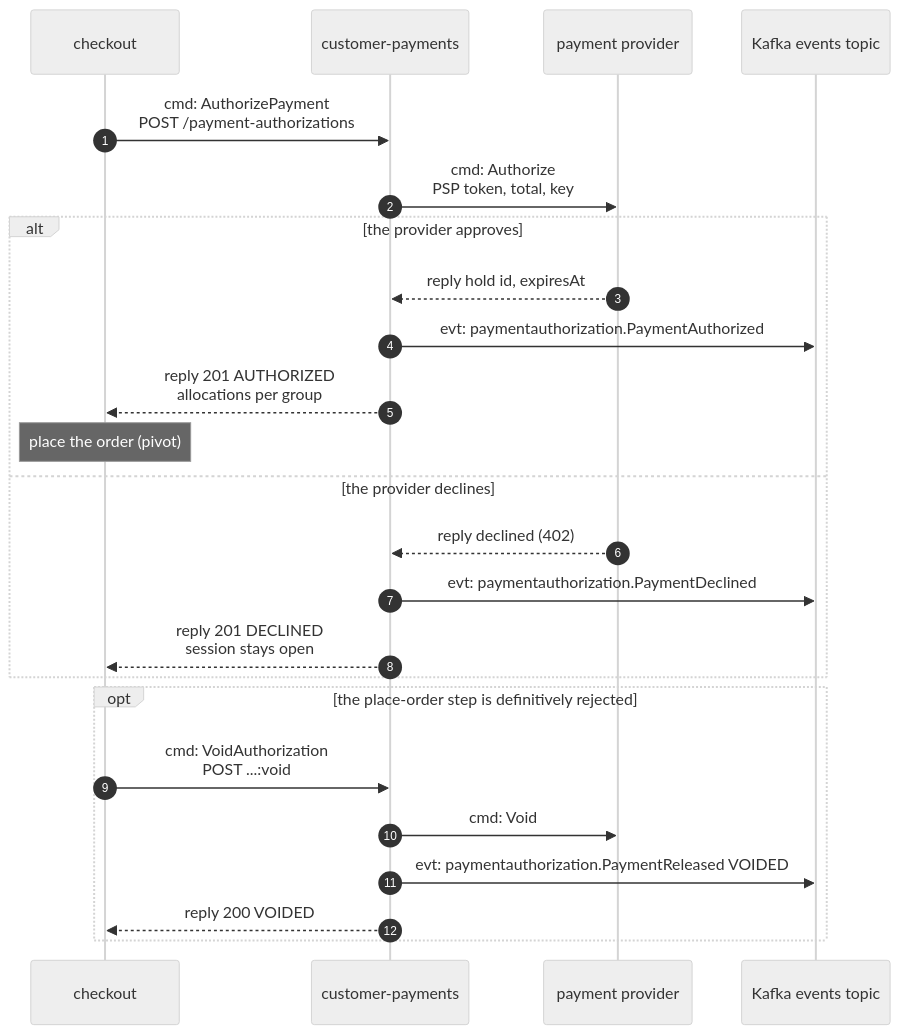
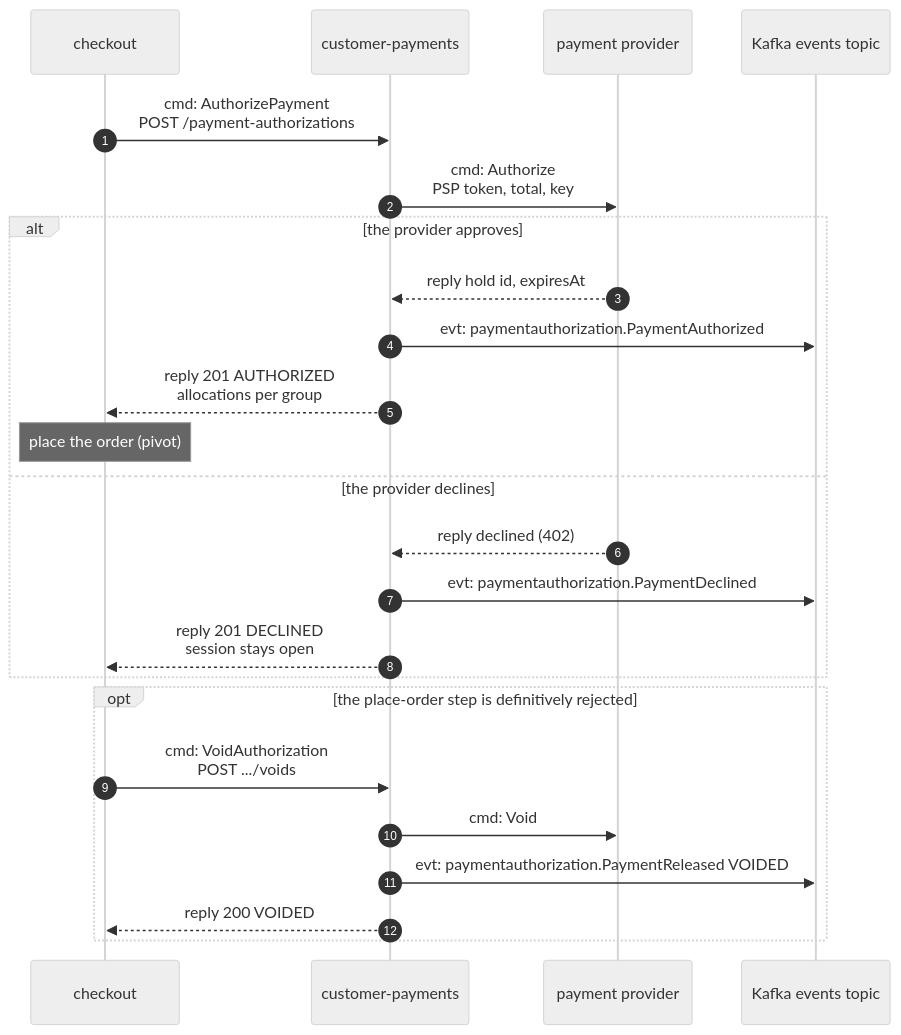
Before and after one commit to IQVO/customer-payments: the first of 6 diagrams in docs/docs/ddd/domain-message-flow.md, drawn with Mermaid (neutral theme). The commit also changed 36 other files, not shown here.

````diff
--- a/docs/docs/ddd/domain-message-flow.md
+++ b/docs/docs/ddd/domain-message-flow.md
@@ -20,26 +20,26 @@
 ```mermaid
 sequenceDiagram
     autonumber
     participant CK as checkout
     participant CP as customer-payments
     participant PSP as payment provider
     participant K as Kafka events topic
     CK->>CP: cmd: AuthorizePayment<br/>POST /payment-authorizations
     CP->>PSP: cmd: Authorize<br/>PSP token, total, key
     alt the provider approves
         PSP-->>CP: reply hold id, expiresAt
         CP->>K: evt: paymentauthorization.PaymentAuthorized
         CP-->>CK: reply 201 AUTHORIZED<br/>allocations per group
         Note over CK: place the order (pivot)
     else the provider declines
         PSP-->>CP: reply declined (402)
         CP->>K: evt: paymentauthorization.PaymentDeclined
         CP-->>CK: reply 201 DECLINED<br/>session stays open
     end
     opt the place-order step is definitively rejected
-        CK->>CP: cmd: VoidAuthorization<br/>POST ...:void
+        CK->>CP: cmd: VoidAuthorization<br/>POST .../voids
         CP->>PSP: cmd: Void
         CP->>K: evt: paymentauthorization.PaymentReleased VOIDED
         CP-->>CK: reply 200 VOIDED
     end
 ```
````
